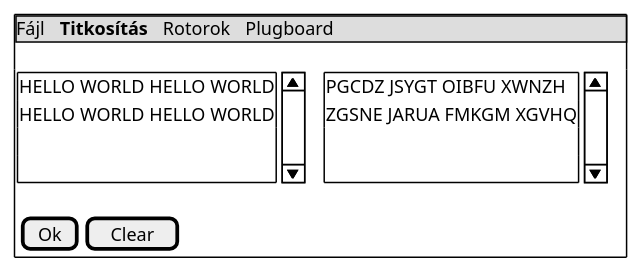
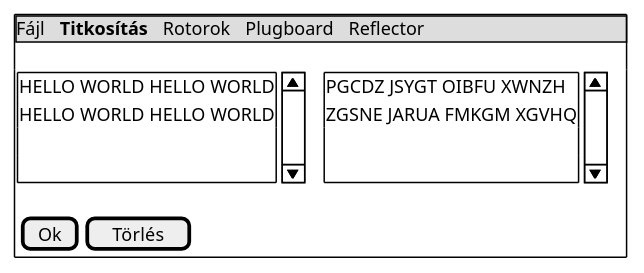
One commit to lolfail/enigma-nhf changed the diagram in docs/spec/codingwindow.puml. Above: the diagram before and after it, drawn with PlantUML. The commit also changed 4 other files, not shown here.

```diff
--- a/docs/spec/codingwindow.puml
+++ b/docs/spec/codingwindow.puml
@@ -1,25 +1,25 @@
 @startsalt
 {+
-  {* Fájl | **Titkosítás** | Rotorok | Plugboard }
+  {* Fájl | **Titkosítás** | Rotorok | Plugboard | Reflector }
   .
   {
     {SI
       HELLO WORLD HELLO WORLD
       HELLO WORLD HELLO WORLD
       .
       .
     } |
     {SI
       PGCDZ JSYGT OIBFU XWNZH
       ZGSNE JARUA FMKGM XGVHQ
       .
       .
     }
     .
     {
       [ Ok ] |
-      [ Clear ]
+      [ Törlés ]
     }
   }
 }
 @endsalt
```
